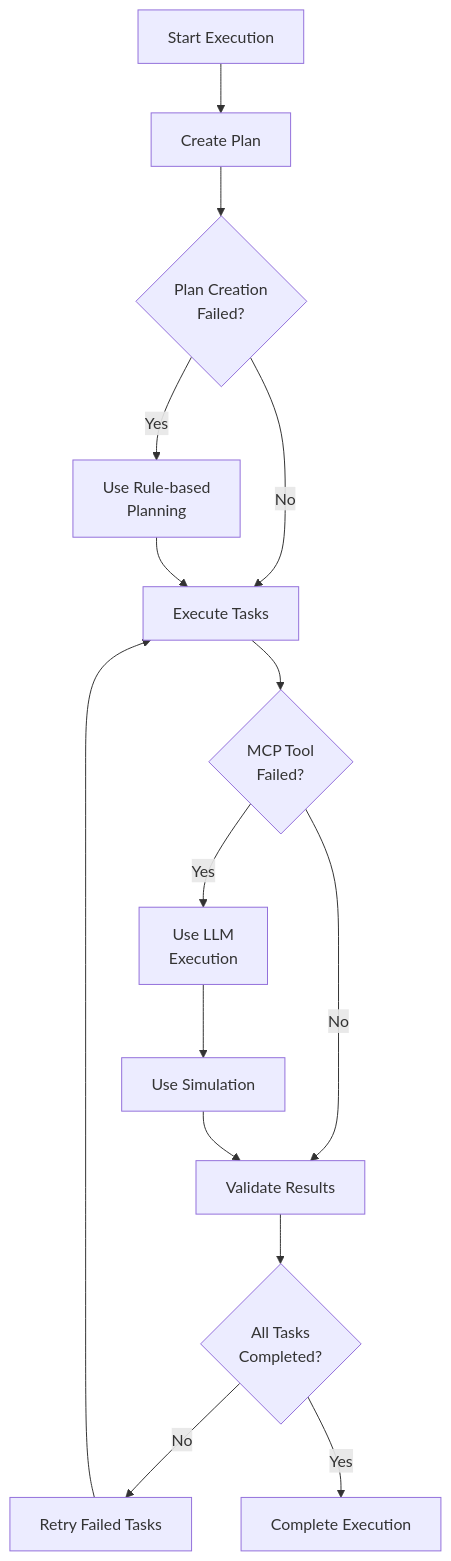
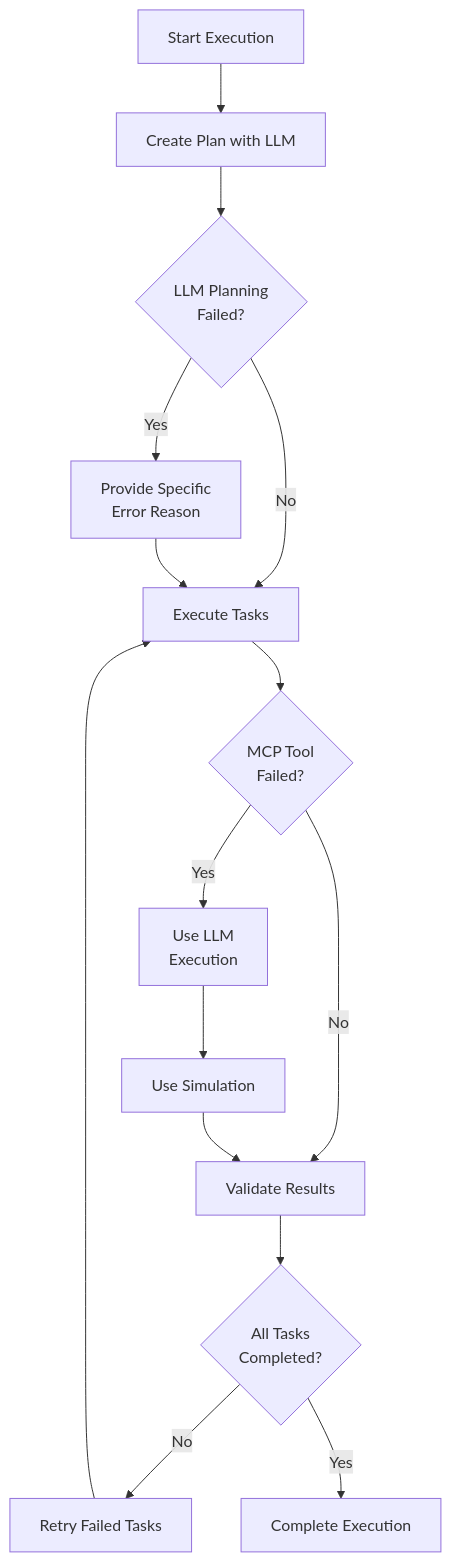
The sixth of 6 diagrams in README.md (easynet-world/7146-n8n-nodes-easy-ai-agent), drawn with Mermaid before and after one commit. The commit also changed other lines of this file, not shown here.

````diff
--- a/README.md
+++ b/README.md
@@ -248,34 +250,34 @@
 ```mermaid
 flowchart TD
     START[Start Execution]
-    PLAN[Create Plan]
-    PLAN_ERROR{Plan Creation<br/>Failed?}
-    PLAN_FALLBACK[Use Rule-based<br/>Planning]
+    PLAN[Create Plan with LLM]
+    PLAN_ERROR{LLM Planning<br/>Failed?}
+    PLAN_ERROR_DETAIL[Provide Specific<br/>Error Reason]
     
     EXECUTE[Execute Tasks]
     MCP_ERROR{MCP Tool<br/>Failed?}
     LLM_FALLBACK[Use LLM<br/>Execution]
     SIM_FALLBACK[Use Simulation]
     
     VALIDATE[Validate Results]
     SUCCESS{All Tasks<br/>Completed?}
     RETRY[Retry Failed Tasks]
     COMPLETE[Complete Execution]
     
     START --> PLAN
     PLAN --> PLAN_ERROR
-    PLAN_ERROR -->|Yes| PLAN_FALLBACK
+    PLAN_ERROR -->|Yes| PLAN_ERROR_DETAIL
     PLAN_ERROR -->|No| EXECUTE
-    PLAN_FALLBACK --> EXECUTE
+    PLAN_ERROR_DETAIL --> EXECUTE
     
     EXECUTE --> MCP_ERROR
     MCP_ERROR -->|Yes| LLM_FALLBACK
     MCP_ERROR -->|No| VALIDATE
     LLM_FALLBACK --> SIM_FALLBACK
     SIM_FALLBACK --> VALIDATE
     
     VALIDATE --> SUCCESS
     SUCCESS -->|No| RETRY
     SUCCESS -->|Yes| COMPLETE
     RETRY --> EXECUTE
 ```
````
